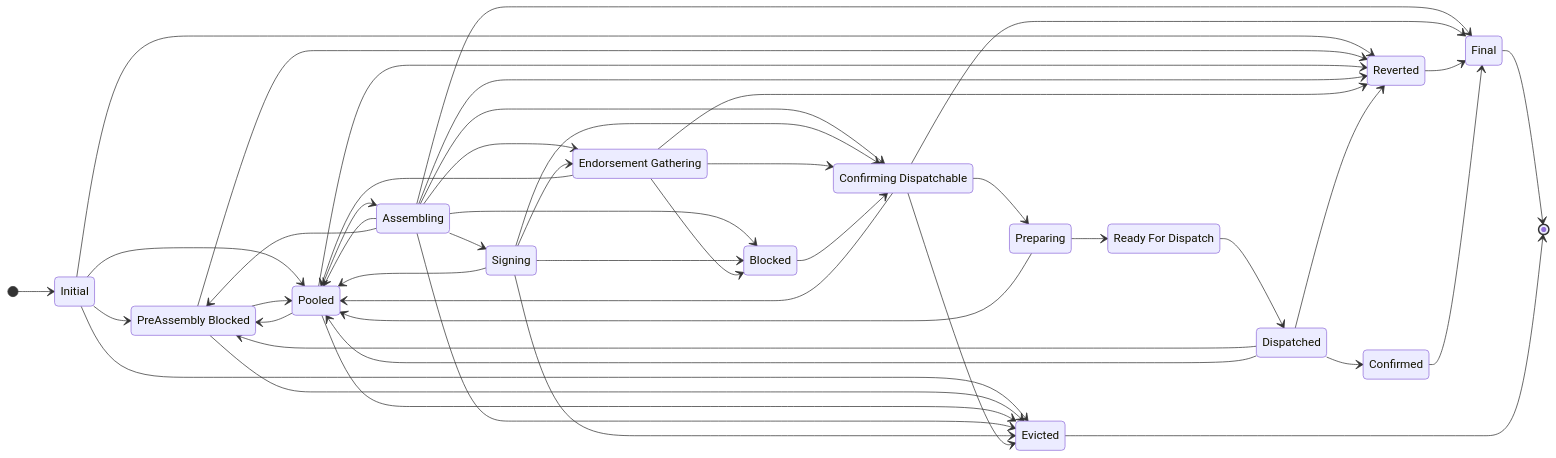
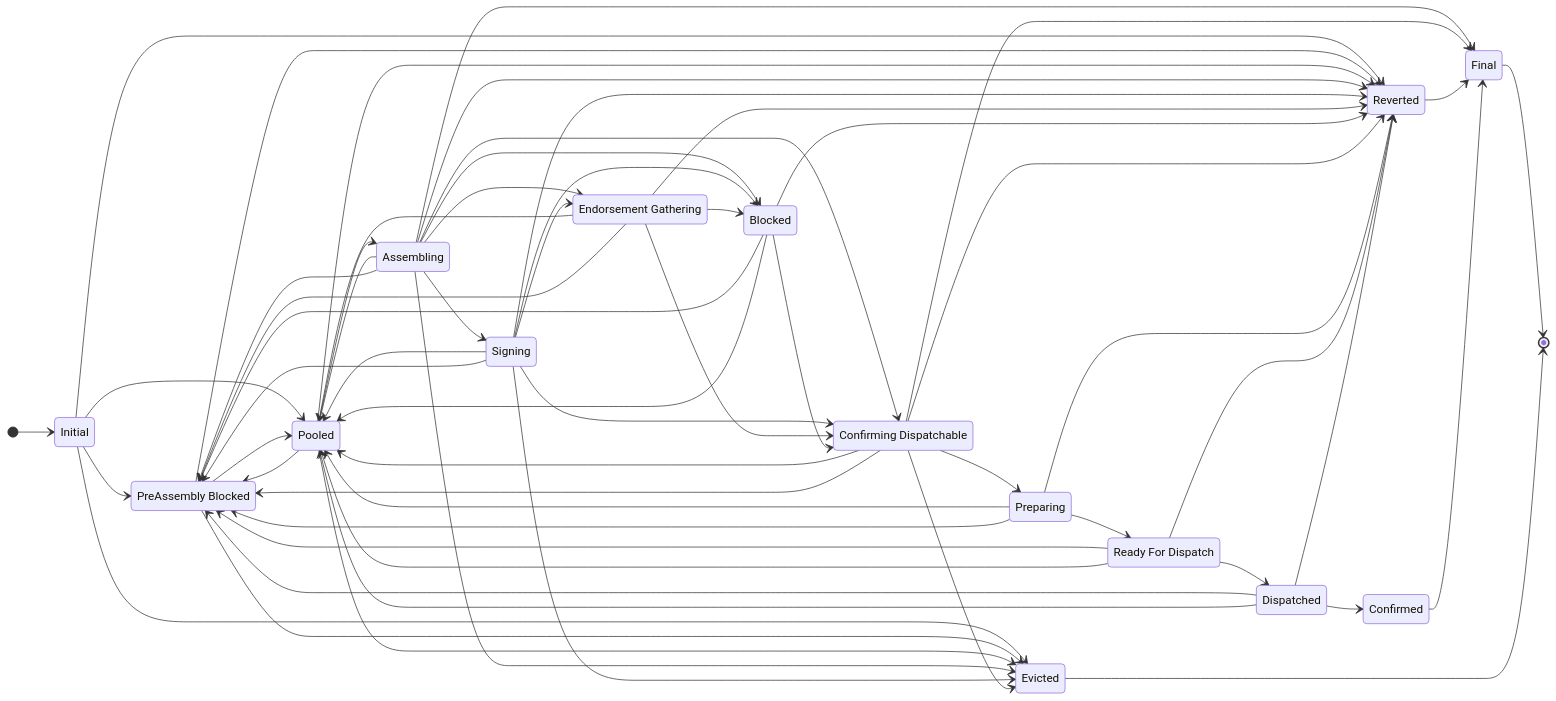
The second of 4 diagrams in doc-site/docs/architecture/distributed_sequencer_state_machine.md (LFDT-Paladin/paladin), drawn with Mermaid before and after one commit. The commit also changed 3 other files, not shown here.

````diff
--- a/doc-site/docs/architecture/distributed_sequencer_state_machine.md
+++ b/doc-site/docs/architecture/distributed_sequencer_state_machine.md
@@ -63,55 +63,68 @@
 ```mermaid
 %%{init: {'themeVariables': {'background': 'transparent'}}}%%
 stateDiagram-v2
     direction LR
     state "PreAssembly Blocked" as PreAssembly_Blocked
     state "Endorsement Gathering" as Endorsement_Gathering
     state "Confirming Dispatchable" as Confirming_Dispatchable
     state "Ready For Dispatch" as Ready_For_Dispatch
     [*] --> Initial
     Initial --> Reverted
     Initial --> Evicted
     Initial --> PreAssembly_Blocked
     Initial --> Pooled
     PreAssembly_Blocked --> Pooled
     PreAssembly_Blocked --> Reverted
     PreAssembly_Blocked --> Evicted
     Pooled --> Assembling
     Pooled --> PreAssembly_Blocked
     Pooled --> Reverted
     Pooled --> Evicted
     Assembling --> Signing
     Assembling --> Endorsement_Gathering
     Assembling --> Confirming_Dispatchable
     Assembling --> Blocked
     Assembling --> Pooled
     Assembling --> Evicted
     Assembling --> Reverted
     Assembling --> Final
     Assembling --> PreAssembly_Blocked
     Signing --> Endorsement_Gathering
     Signing --> Confirming_Dispatchable
     Signing --> Blocked
     Signing --> Pooled
     Signing --> Evicted
+    Signing --> PreAssembly_Blocked
+    Signing --> Reverted
     Endorsement_Gathering --> Confirming_Dispatchable
     Endorsement_Gathering --> Blocked
     Endorsement_Gathering --> Reverted
     Endorsement_Gathering --> Pooled
+    Endorsement_Gathering --> PreAssembly_Blocked
     Blocked --> Confirming_Dispatchable
+    Blocked --> PreAssembly_Blocked
+    Blocked --> Pooled
+    Blocked --> Reverted
     Confirming_Dispatchable --> Preparing
     Confirming_Dispatchable --> Pooled
     Confirming_Dispatchable --> Evicted
     Confirming_Dispatchable --> Final
+    Confirming_Dispatchable --> PreAssembly_Blocked
+    Confirming_Dispatchable --> Reverted
     Preparing --> Ready_For_Dispatch
     Preparing --> Pooled
+    Preparing --> PreAssembly_Blocked
+    Preparing --> Reverted
     Ready_For_Dispatch --> Dispatched
+    Ready_For_Dispatch --> PreAssembly_Blocked
+    Ready_For_Dispatch --> Pooled
+    Ready_For_Dispatch --> Reverted
     Dispatched --> Confirmed
     Dispatched --> PreAssembly_Blocked
     Dispatched --> Pooled
     Dispatched --> Reverted
     Reverted --> Final
     Confirmed --> Final
     Final --> [*]
     Evicted --> [*]
 ```
````
